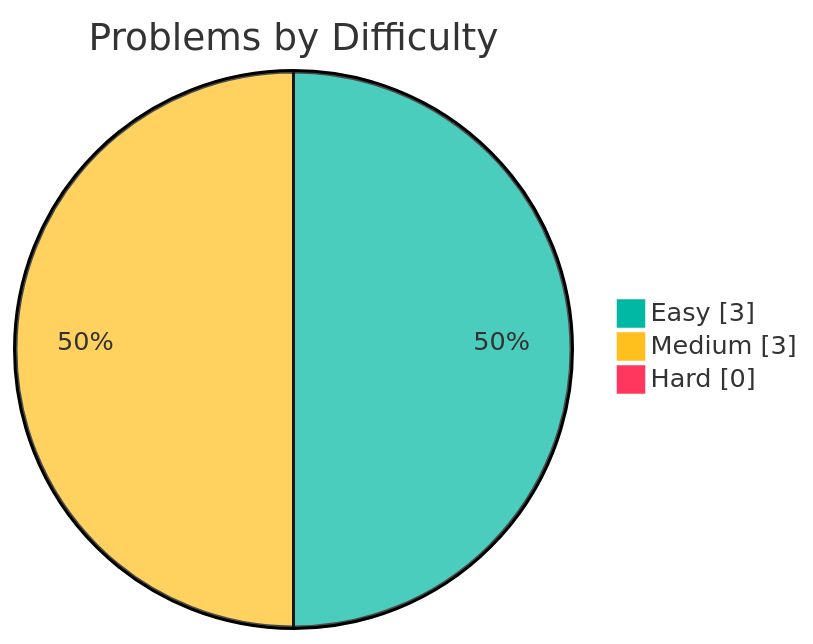
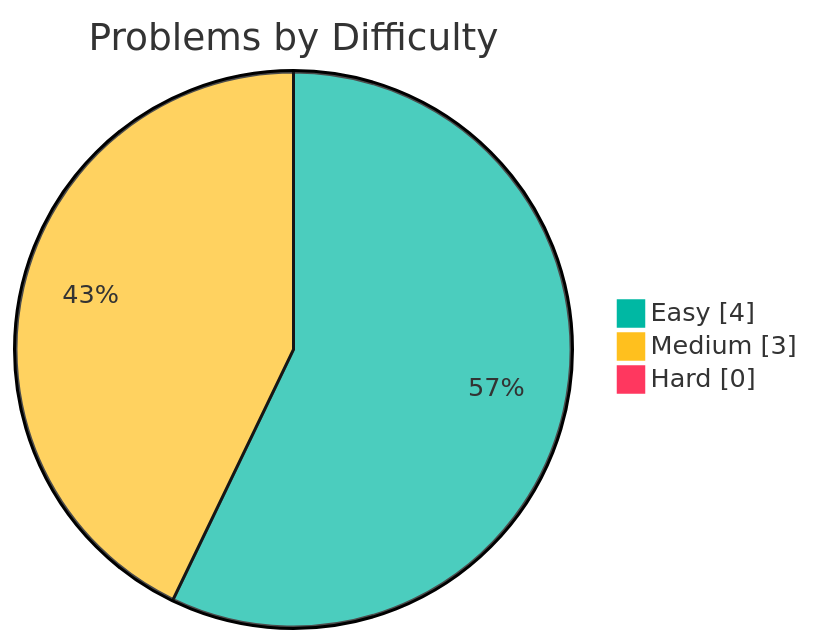
One commit to samy-D5/Leetcode changed the first of 2 diagrams in README.md. Above: the diagram before and after it, drawn with Mermaid. The commit also changed other lines of this file, not shown here.

````diff
--- a/README.md
+++ b/README.md
@@ -10,7 +10,7 @@
 ```mermaid
 %%{init: {"theme":"base","themeVariables":{"pie1":"#00b8a3","pie2":"#ffc01e","pie3":"#ff375f"}}}%%
 pie showData title Problems by Difficulty
-    "Easy" : 3
+    "Easy" : 4
     "Medium" : 3
     "Hard" : 0
 ```
````
